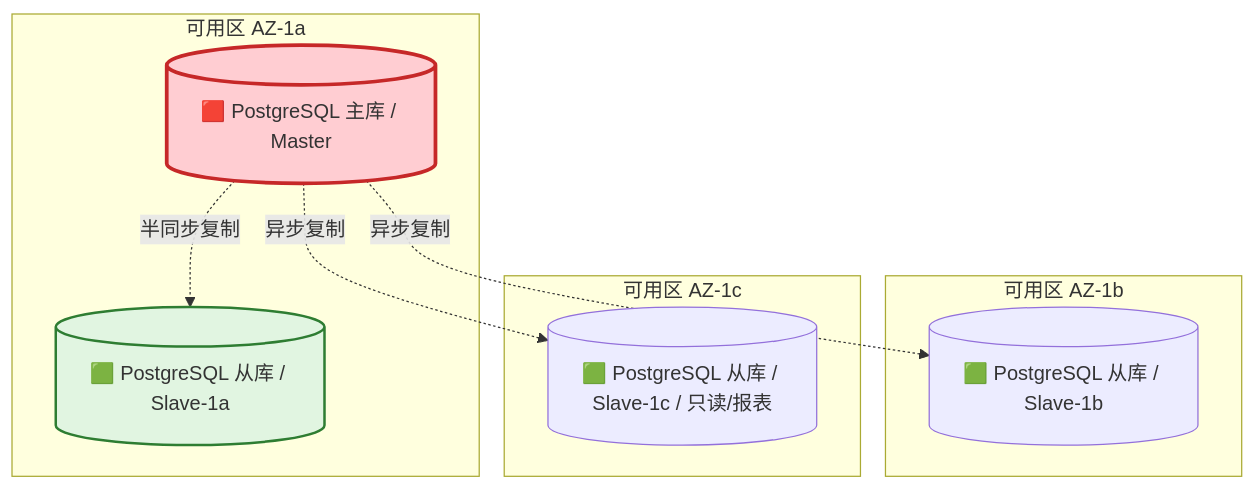
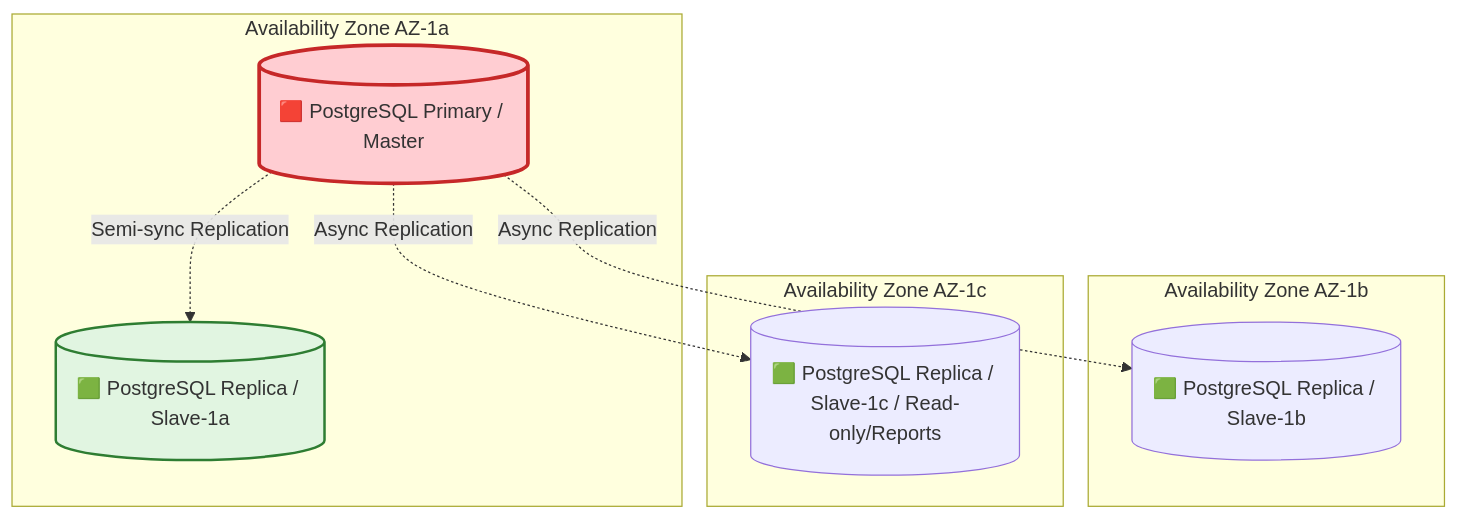
The tenth of 11 diagrams in templates/产品/技术层/【模板】数据库设计文档规范.md (Kirky-X/cangjie), drawn with Mermaid before and after one commit. The commit also changed other lines of this file and 46 other files, not shown here.

````diff
--- a/templates/产品/技术层/【模板】数据库设计文档规范.md
+++ b/templates/产品/技术层/【模板】数据库设计文档规范.md
@@ -614,22 +614,22 @@
 ```mermaid
 graph TB
-    subgraph 可用区 AZ-1a
-        M1[(🟥 PostgreSQL 主库 / Master)]
-        S1A[(🟩 PostgreSQL 从库 / Slave-1a)]
+    subgraph Availability Zone AZ-1a
+        M1[(🟥 PostgreSQL Primary / Master)]
+        S1A[(🟩 PostgreSQL Replica / Slave-1a)]
     end
 
-    subgraph 可用区 AZ-1b
-        S1B[(🟩 PostgreSQL 从库 / Slave-1b)]
+    subgraph Availability Zone AZ-1b
+        S1B[(🟩 PostgreSQL Replica / Slave-1b)]
     end
 
-    subgraph 可用区 AZ-1c
-        S1C[(🟩 PostgreSQL 从库 / Slave-1c / 只读/报表)]
+    subgraph Availability Zone AZ-1c
+        S1C[(🟩 PostgreSQL Replica / Slave-1c / Read-only/Reports)]
     end
 
-    M1 -.->|半同步复制| S1A
-    M1 -.->|异步复制| S1B
-    M1 -.->|异步复制| S1C
+    M1 -.->|Semi-sync Replication| S1A
+    M1 -.->|Async Replication| S1B
+    M1 -.->|Async Replication| S1C
 
     style M1 fill:#ffcdd2,stroke:#c62828,stroke-width:3px
     style S1A fill:#e1f5e1,stroke:#2e7d32,stroke-width:2px
 ```
````
